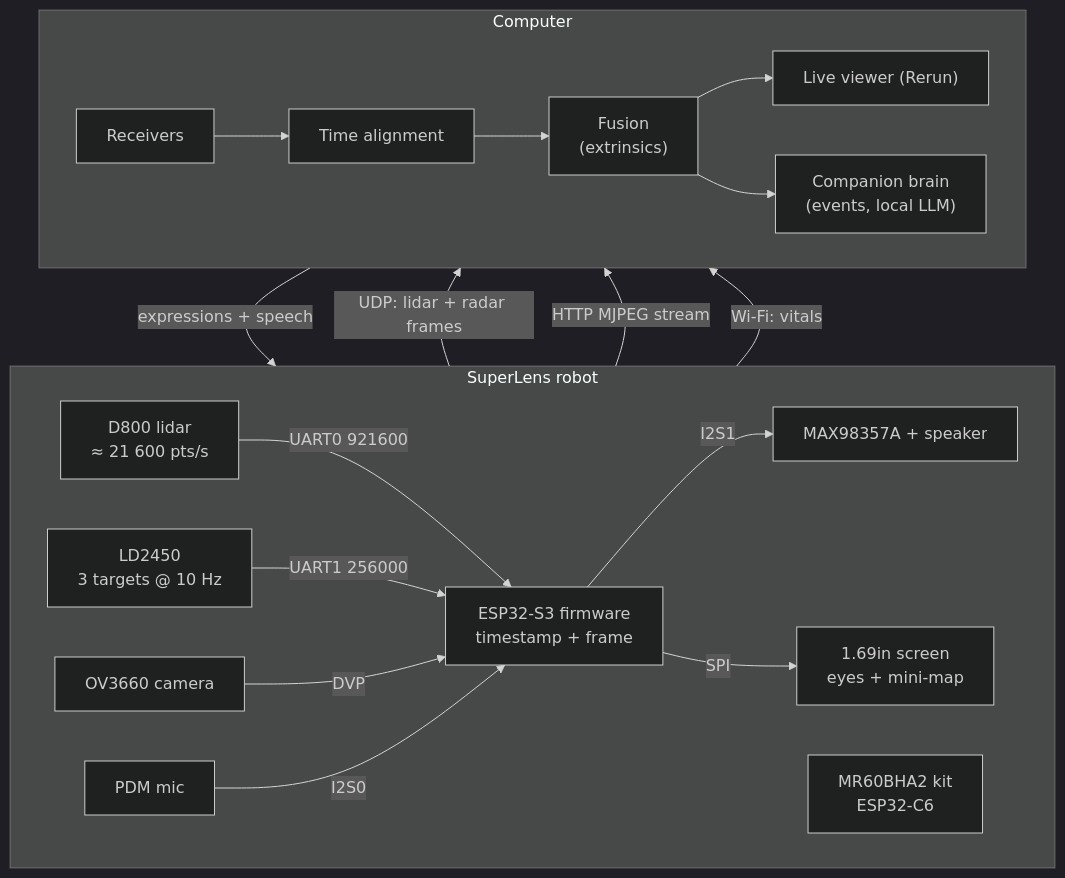
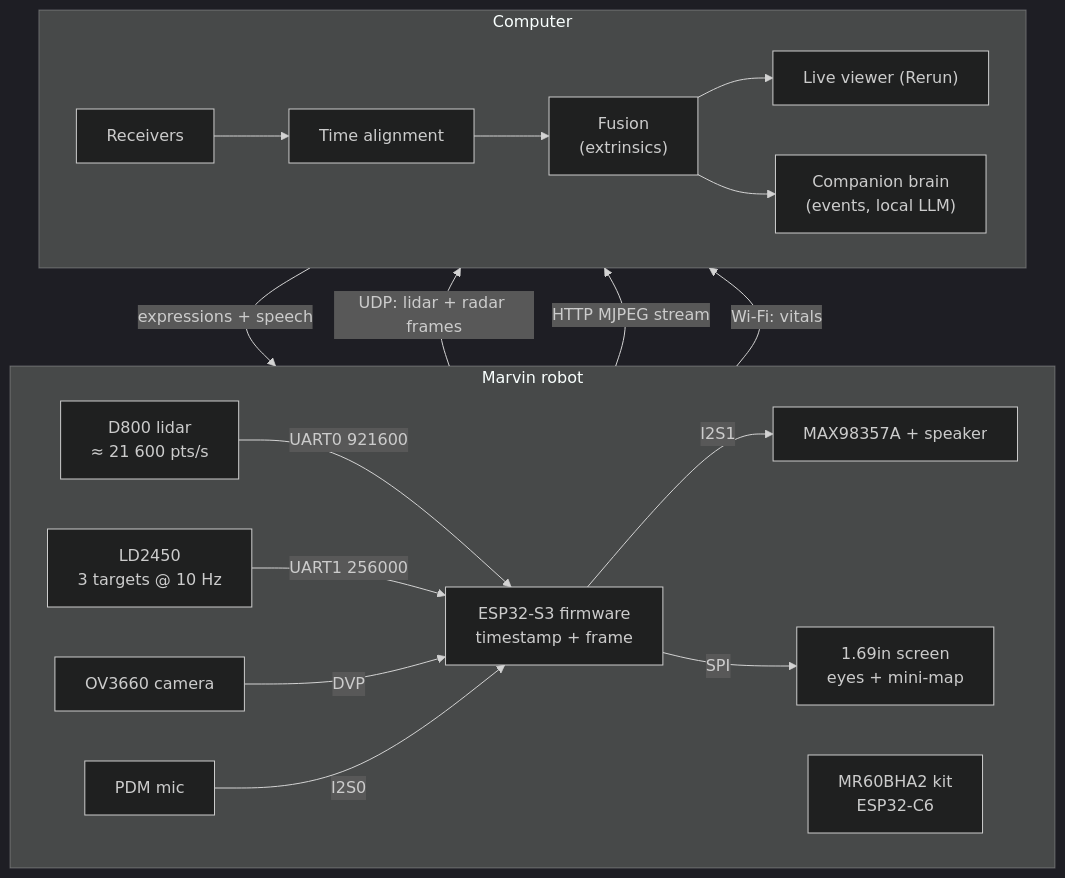
Before and after one commit to SebastienTr/Marvin: the diagram in docs/architecture.md, drawn with Mermaid (dark theme). The commit also changed 11 other files, not shown here.

Commit message:
Rename the project from SuperLens to Marvin

````diff
--- a/docs/architecture.md
+++ b/docs/architecture.md
@@ -7,23 +7,23 @@
 ```mermaid
 flowchart TB
-  subgraph Device["SuperLens robot"]
+  subgraph Device["Marvin robot"]
     direction LR
     LID["D800 lidar<br/>≈ 21 600 pts/s"] -->|UART0 921600| FW
     LD2450["LD2450<br/>3 targets @ 10 Hz"] -->|UART1 256000| FW
     CAM["OV3660 camera"] -->|DVP| FW
     MIC["PDM mic"] -->|I2S0| FW
     FW -->|"I2S1"| SPK["MAX98357A + speaker"]
     FW["ESP32-S3 firmware<br/>timestamp + frame"]
     FW -->|"SPI"| LCD["1.69in screen<br/>eyes + mini-map"]
     MR60["MR60BHA2 kit<br/>ESP32-C6"]
   end
   FW -->|"UDP: lidar + radar frames"| HOST
   FW -->|"HTTP MJPEG stream"| HOST
   HOST -->|"expressions + speech"| FW
   MR60 -->|"Wi-Fi: vitals"| HOST
   subgraph HOST["Computer"]
     direction LR
     RX["Receivers"] --> SYNC["Time alignment"] --> FUSE["Fusion<br/>(extrinsics)"] --> VIEW["Live viewer (Rerun)"]
     FUSE --> BRAIN["Companion brain<br/>(events, local LLM)"]
   end
 ```
````
